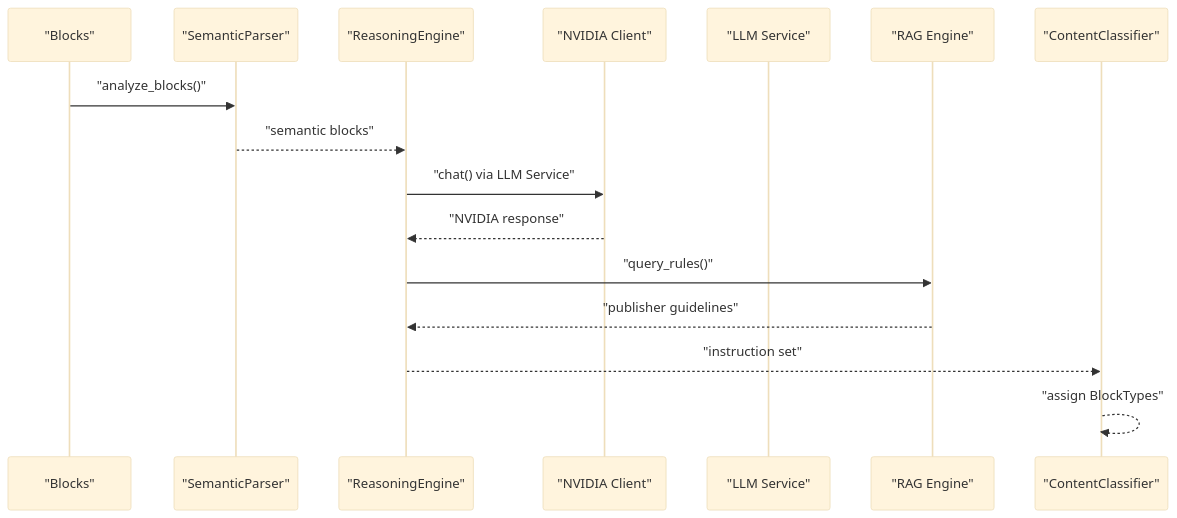
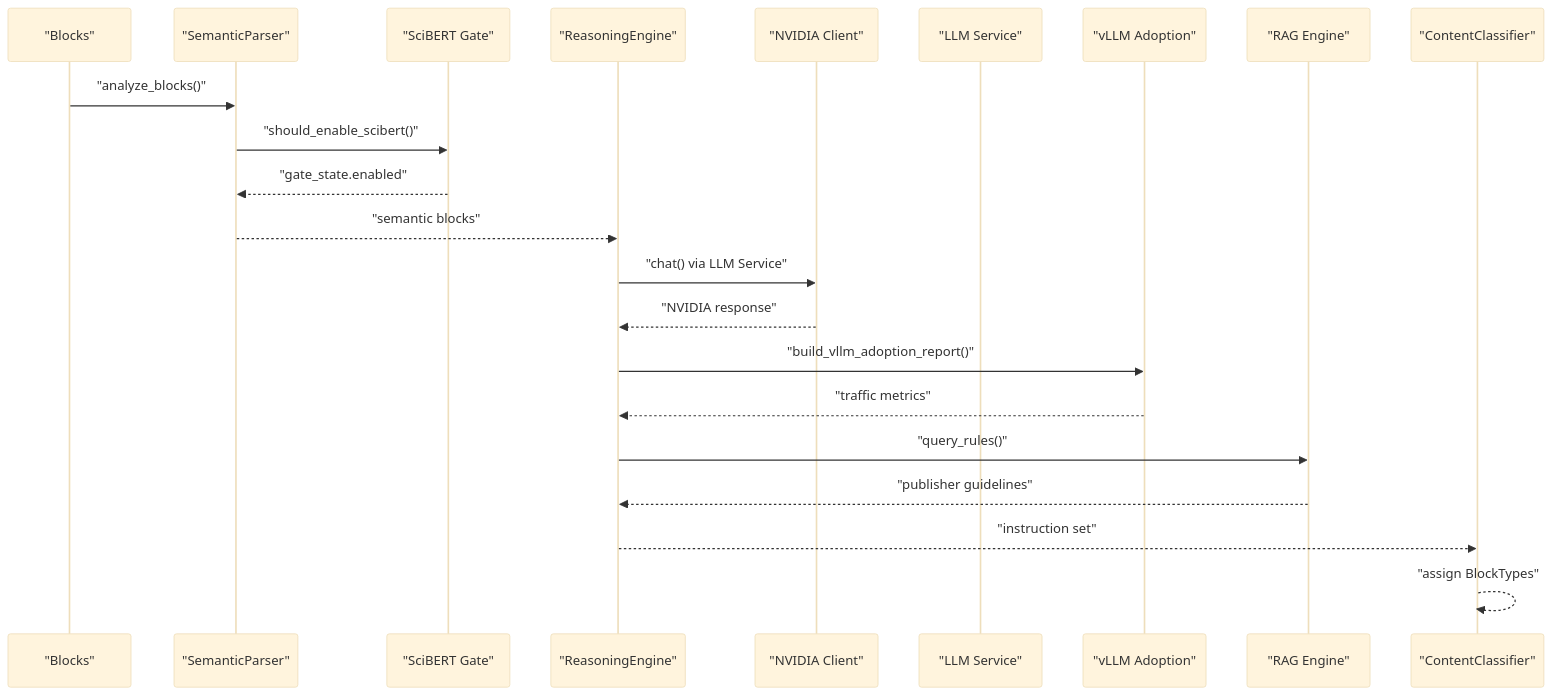
The second of 12 diagrams in .qoder/repowiki/en/content/AI_ML Integration/AI_ML Integration.md (rohitkumarnaidu/-Auto-AI-Automated-Academic-Docx-Manuscript-Formatter), drawn with Mermaid (base theme) before and after one commit. The commit also changed other lines of this file and 6 other files, not shown here.

````diff
--- a/.qoder/repowiki/en/content/AI_ML Integration/AI_ML Integration.md
+++ b/.qoder/repowiki/en/content/AI_ML Integration/AI_ML Integration.md
@@ -107,18 +133,24 @@
 ```mermaid
 sequenceDiagram
 participant Blocks as "Blocks"
 participant SP as "SemanticParser"
+participant SCIBERT_GATE as "SciBERT Gate"
 participant RE as "ReasoningEngine"
 participant NV as "NVIDIA Client"
 participant LLM as "LLM Service"
+participant VLLM_ADOPTION as "vLLM Adoption"
 participant RAG as "RAG Engine"
 participant CL as "ContentClassifier"
 Blocks->>SP : "analyze_blocks()"
+SP->>SCIBERT_GATE : "should_enable_scibert()"
+SCIBERT_GATE-->>SP : "gate_state.enabled"
 SP-->>RE : "semantic blocks"
 RE->>NV : "chat() via LLM Service"
 NV-->>RE : "NVIDIA response"
+RE->>VLLM_ADOPTION : "build_vllm_adoption_report()"
+VLLM_ADOPTION-->>RE : "traffic metrics"
 RE->>RAG : "query_rules()"
 RAG-->>RE : "publisher guidelines"
 RE-->>CL : "instruction set"
 CL-->>CL : "assign BlockTypes"
 ```
````
